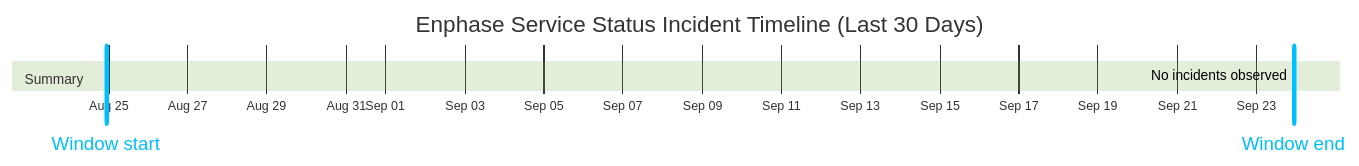
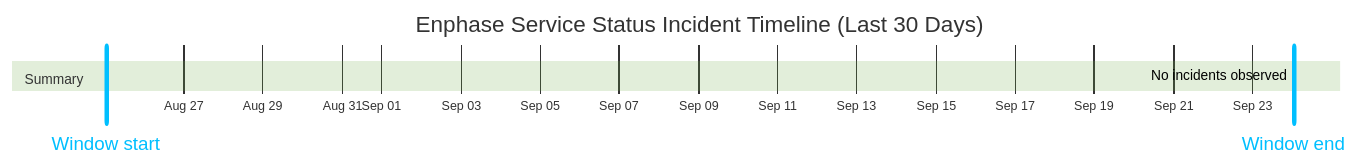
Before and after one commit to barneyonline/ha-enphase-energy: the diagram in wiki/Service-Status-History.md, drawn with Mermaid (forest theme). The commit also changed other lines of this file and 3 other files, not shown here.

````diff
--- a/wiki/Service-Status-History.md
+++ b/wiki/Service-Status-History.md
@@ -14,10 +14,10 @@
 ```mermaid
 gantt
     title Enphase Service Status Incident Timeline (Last 30 Days)
     dateFormat  YYYY-MM-DDTHH:mm:ss
     axisFormat  %b %d
-    Window start :vert, window-start, 2026-08-24T22:40:59, 0ms
-    Window end :vert, window-end, 2026-09-23T22:40:59, 0ms
+    Window start :vert, window-start, 2026-08-25T01:05:17, 0ms
+    Window end :vert, window-end, 2026-09-24T01:05:17, 0ms
     section Summary
-    No incidents observed :done, 2026-09-23T22:40:59, 1m
+    No incidents observed :done, 2026-09-24T01:05:17, 1m
 ```
````
